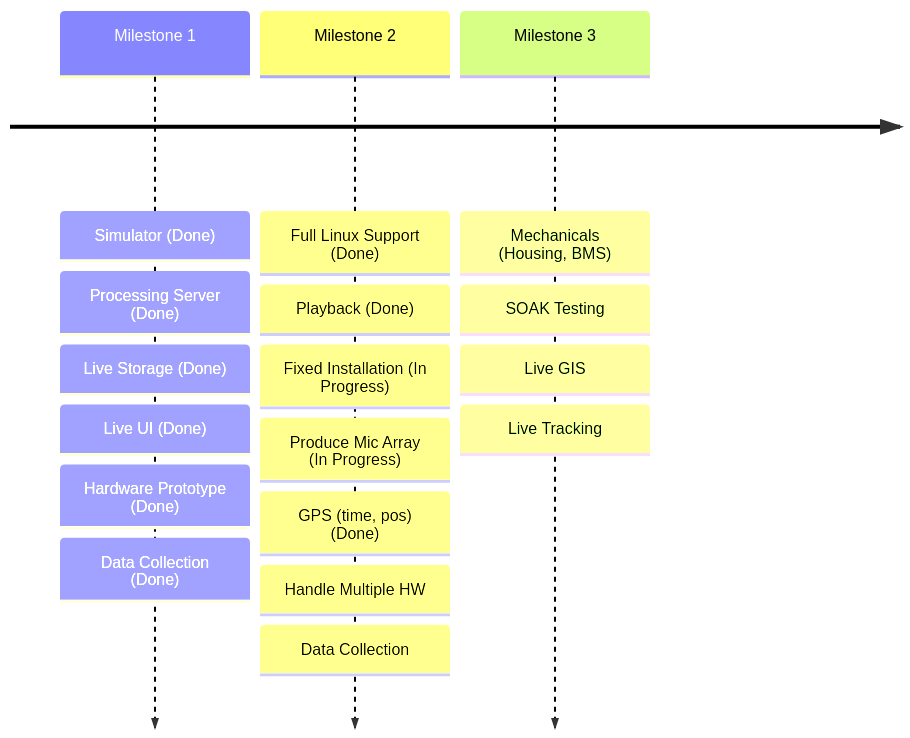
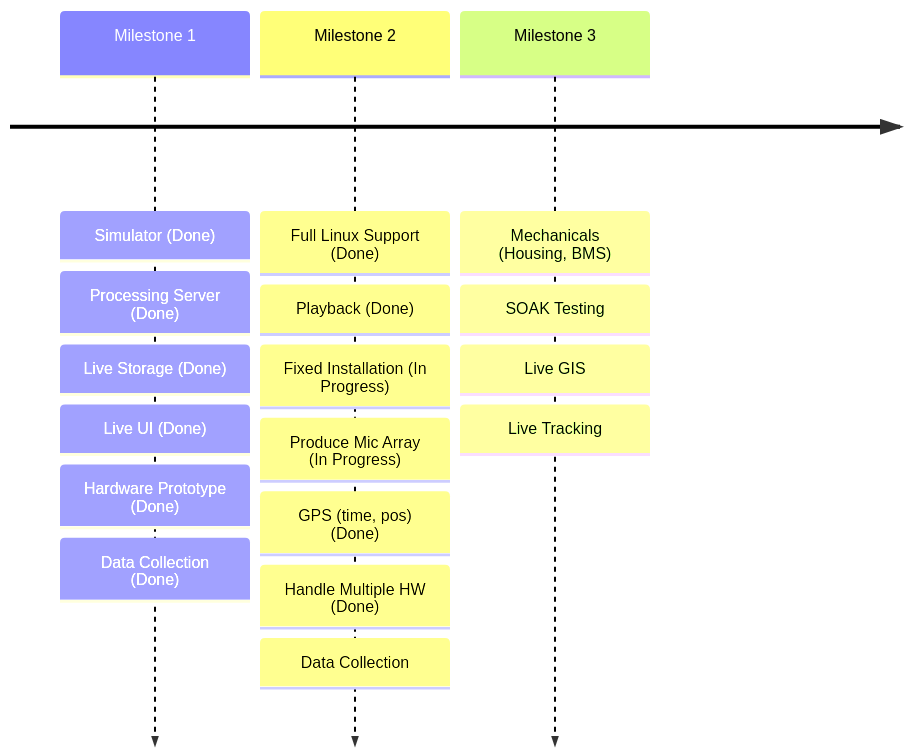
Before and after one commit to Sense-Scape/.github: the second of 2 diagrams in profile/README.md, drawn with Mermaid.

````diff
--- a/profile/README.md
+++ b/profile/README.md
@@ -54,8 +54,8 @@
 ``` mermaid
 
 timeline
     Milestone 1 : Simulator (Done) : Processing Server (Done) : Live Storage (Done) : Live UI (Done) : Hardware Prototype (Done) : Data Collection (Done)
-    Milestone 2 : Full Linux Support (Done) : Playback (Done) : Fixed Installation (In Progress) : Produce Mic Array (In Progress)  : GPS (time, pos) (Done) : Handle Multiple HW : Data Collection
+    Milestone 2 : Full Linux Support (Done) : Playback (Done) : Fixed Installation (In Progress) : Produce Mic Array (In Progress)  : GPS (time, pos) (Done) : Handle Multiple HW (Done): Data Collection
     Milestone 3 : Mechanicals (Housing, BMS) : SOAK Testing : Live GIS : Live Tracking
 
 ```
````
